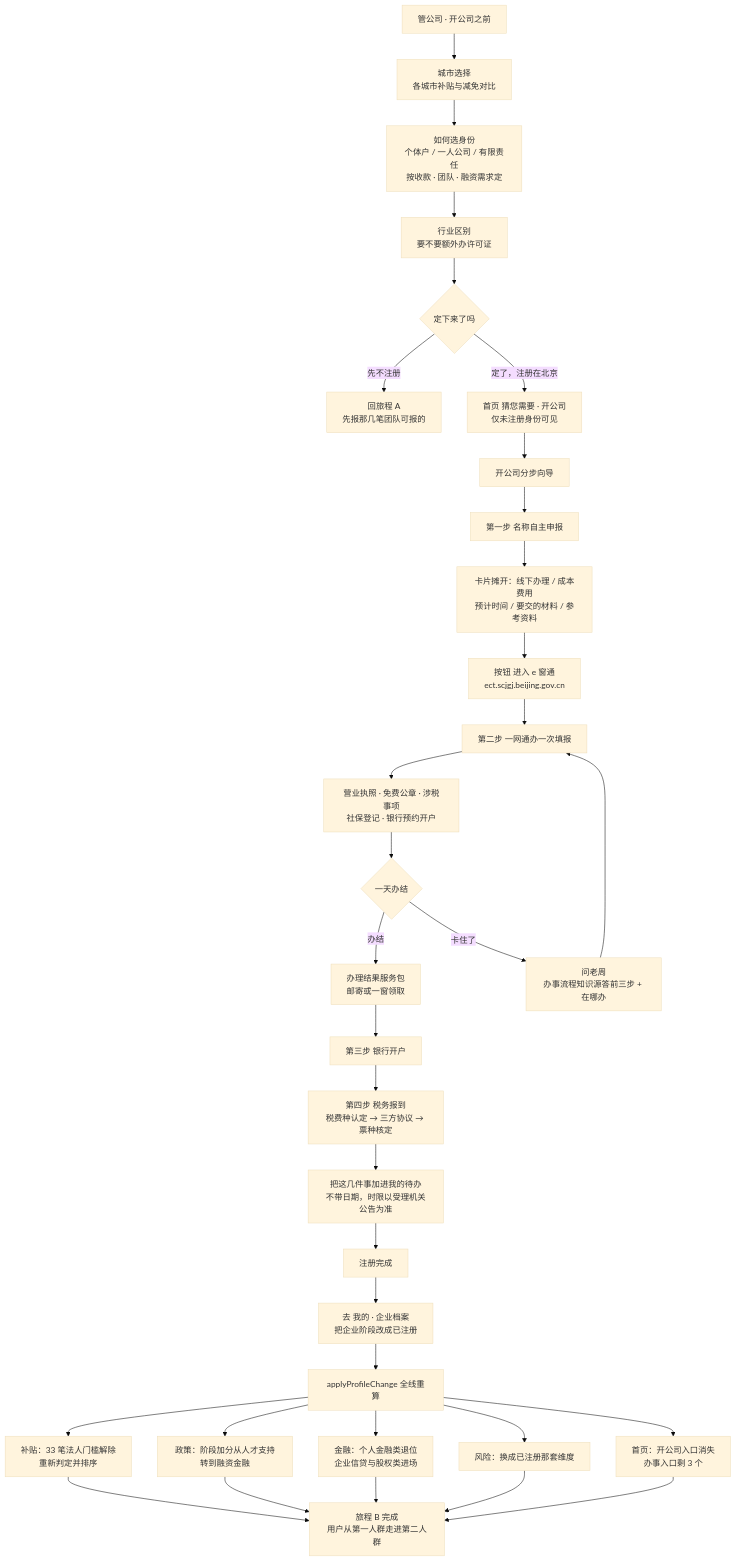
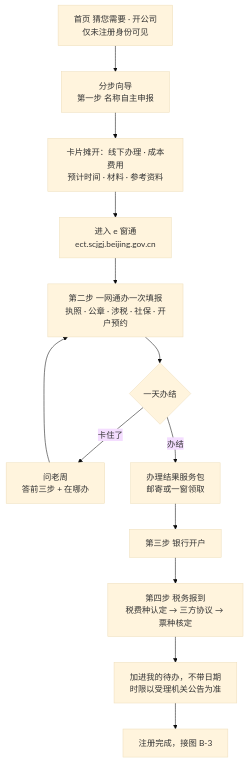
Before and after one commit to 0xmandy/shenicest-beichen-chuangyedazi: the fifth of 11 diagrams in docs/shenicest-北辰-创业搭子-产品方案文档-Claude-2026-08-29.md, drawn with Mermaid (base theme). The commit also changed other lines of this file and 4 other files, not shown here.

First line of the commit message:
docs: 产品方案文档出图与出 docx 两个脚本立文，README 补条目

````diff
--- a/docs/shenicest-北辰-创业搭子-产品方案文档-Claude-2026-08-29.md
+++ b/docs/shenicest-北辰-创业搭子-产品方案文档-Claude-2026-08-29.md
@@ -290,35 +267,15 @@
 ```mermaid
 flowchart TD
-    A0["管公司 · 开公司之前"] --> A1["城市选择<br/>各城市补贴与减免对比"]
-    A1 --> A2["如何选身份<br/>个体户 / 一人公司 / 有限责任<br/>按收款 · 团队 · 融资需求定"]
-    A2 --> A3["行业区别<br/>要不要额外办许可证"]
-    A3 --> A4{"定下来了吗"}
-    A4 -- "先不注册" --> A5["回旅程 A<br/>先报那几笔团队可报的"]
-    A4 -- "定了，注册在北京" --> B0
-    B0["首页 猜您需要 · 开公司<br/>仅未注册身份可见"] --> B1["开公司分步向导"]
-    B1 --> B2["第一步 名称自主申报"]
-    B2 --> B2a["卡片摊开：线下办理 / 成本费用<br/>预计时间 / 要交的材料 / 参考资料"]
-    B2a --> B2b["按钮 进入 e 窗通<br/>ect.scjgj.beijing.gov.cn"]
-    B2b --> B3["第二步 一网通办一次填报"]
-    B3 --> B3a["营业执照 · 免费公章 · 涉税事项<br/>社保登记 · 银行预约开户"]
-    B3a --> B4{"一天办结"}
+    B0["首页 猜您需要 · 开公司<br/>仅未注册身份可见"] --> B1["分步向导<br/>第一步 名称自主申报"]
+    B1 --> B2a["卡片摊开：线下办理 · 成本费用<br/>预计时间 · 材料 · 参考资料"]
+    B2a --> B2b["进入 e 窗通<br/>ect.scjgj.beijing.gov.cn"]
+    B2b --> B3["第二步 一网通办一次填报<br/>执照 · 公章 · 涉税 · 社保 · 开户预约"]
+    B3 --> B4{"一天办结"}
+    B4 -- "卡住了" --> B6["问老周<br/>答前三步 + 在哪办"]
+    B6 --> B3
     B4 -- "办结" --> B5["办理结果服务包<br/>邮寄或一窗领取"]
-    B4 -- "卡住了" --> B6["问老周<br/>办事流程知识源答前三步 + 在哪办"]
-    B6 --> B3
     B5 --> B7["第三步 银行开户"]
     B7 --> B8["第四步 税务报到<br/>税费种认定 → 三方协议 → 票种核定"]
-    B8 --> B9["把这几件事加进我的待办<br/>不带日期，时限以受理机关公告为准"]
-    B9 --> C0["注册完成"]
-    C0 --> C1["去 我的 · 企业档案<br/>把企业阶段改成已注册"]
-    C1 --> C2["applyProfileChange 全线重算"]
-    C2 --> D1["补贴：33 笔法人门槛解除<br/>重新判定并排序"]
-    C2 --> D2["政策：阶段加分从人才支持转到融资金融"]
-    C2 --> D3["金融：个人金融类退位<br/>企业信贷与股权类进场"]
-    C2 --> D4["风险：换成已注册那套维度"]
-    C2 --> D5["首页：开公司入口消失<br/>办事入口剩 3 个"]
-    D1 --> E0["旅程 B 完成<br/>用户从第一人群走进第二人群"]
-    D2 --> E0
-    D3 --> E0
-    D4 --> E0
-    D5 --> E0
+    B8 --> B9["加进我的待办，不带日期<br/>时限以受理机关公告为准"]
+    B9 --> C0["注册完成，接图 B-3"]
 ```
````
